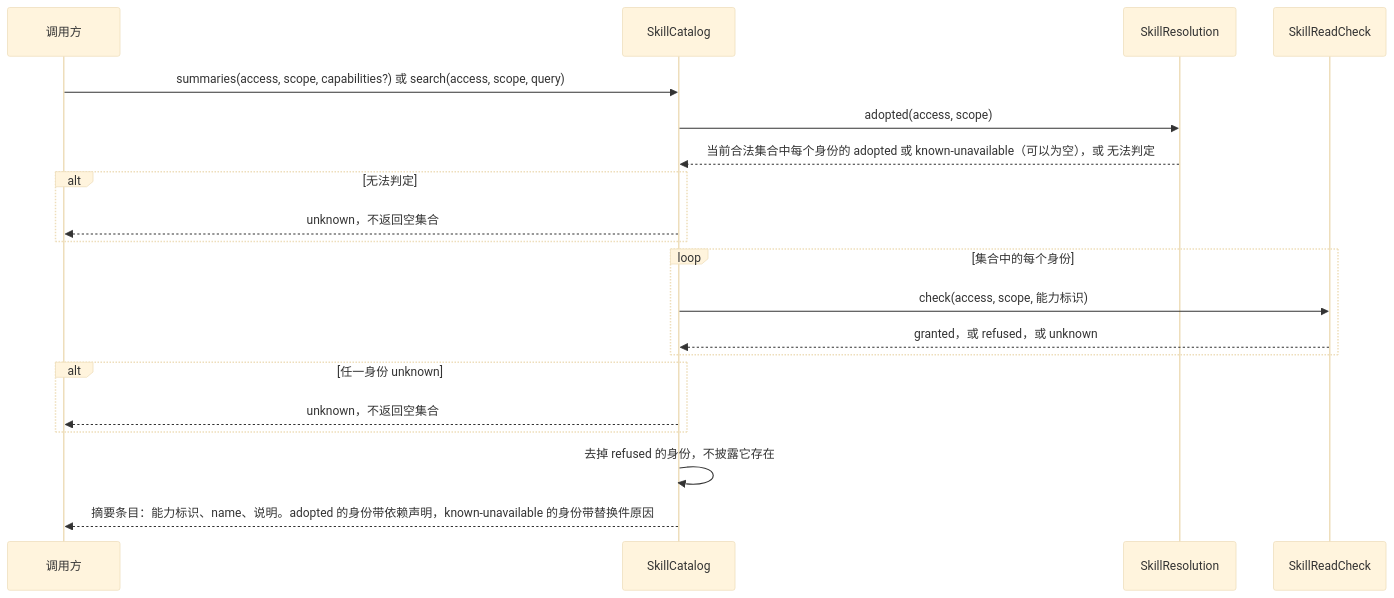
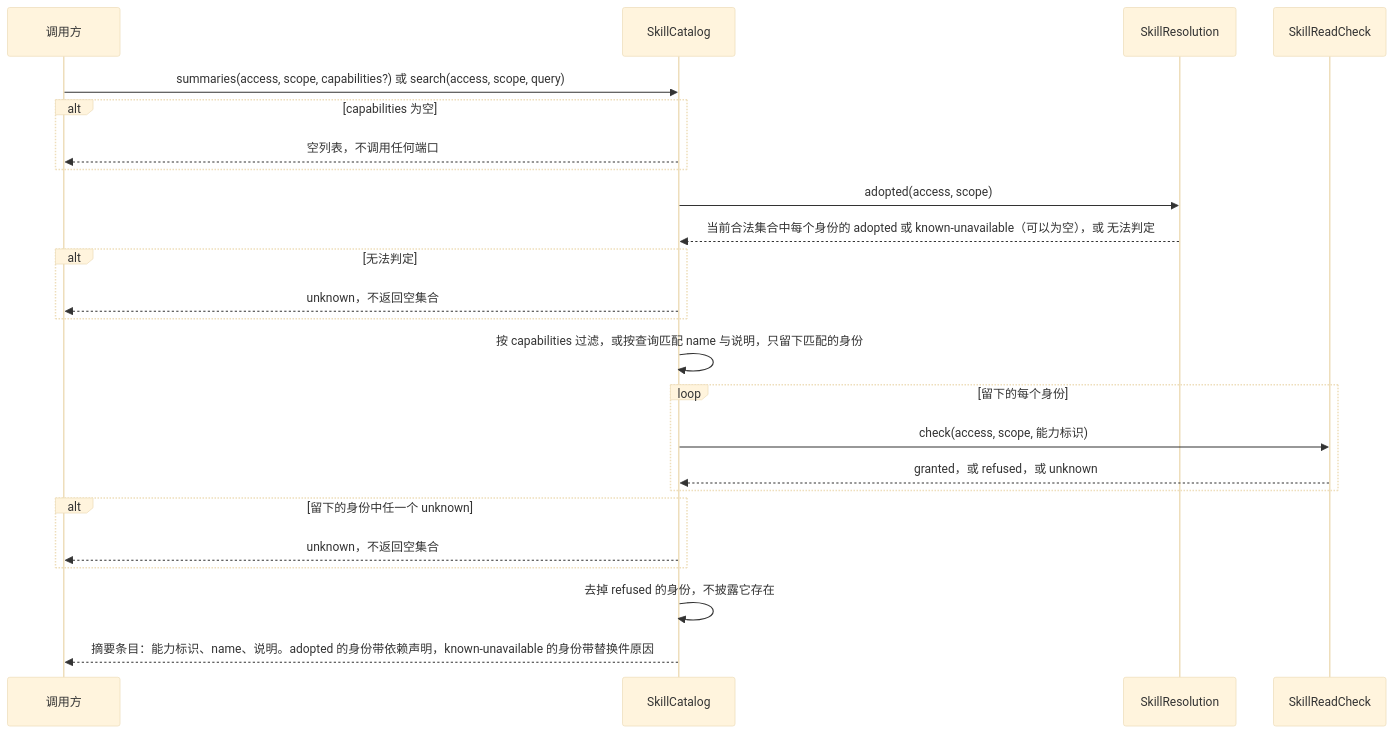
Before and after one commit to nemori-ai/omne-harness-lite: the second of 4 diagrams in packages/skills/docs/key-flows.md, drawn with Mermaid (base theme). The commit also changed other lines of this file and 4 other files, not shown here.

````diff
--- a/packages/skills/docs/key-flows.md
+++ b/packages/skills/docs/key-flows.md
@@ -52,22 +50,26 @@
 ```mermaid
 sequenceDiagram
   participant C as 调用方
   participant K as SkillCatalog
   participant V as SkillResolution
   participant E as SkillReadCheck
   C->>K: summaries(access, scope, capabilities?) 或 search(access, scope, query)
+  alt capabilities 为空
+    K-->>C: 空列表，不调用任何端口
+  end
   K->>V: adopted(access, scope)
   V-->>K: 当前合法集合中每个身份的 adopted 或 known-unavailable（可以为空），或 无法判定
   alt 无法判定
     K-->>C: unknown，不返回空集合
   end
-  loop 集合中的每个身份
+  K->>K: 按 capabilities 过滤，或按查询匹配 name 与说明，只留下匹配的身份
+  loop 留下的每个身份
     K->>E: check(access, scope, 能力标识)
     E-->>K: granted，或 refused，或 unknown
   end
-  alt 任一身份 unknown
+  alt 留下的身份中任一个 unknown
     K-->>C: unknown，不返回空集合
   end
   K->>K: 去掉 refused 的身份，不披露它存在
   K-->>C: 摘要条目：能力标识、name、说明。adopted 的身份带依赖声明，known-unavailable 的身份带替换件原因
 ```
````
